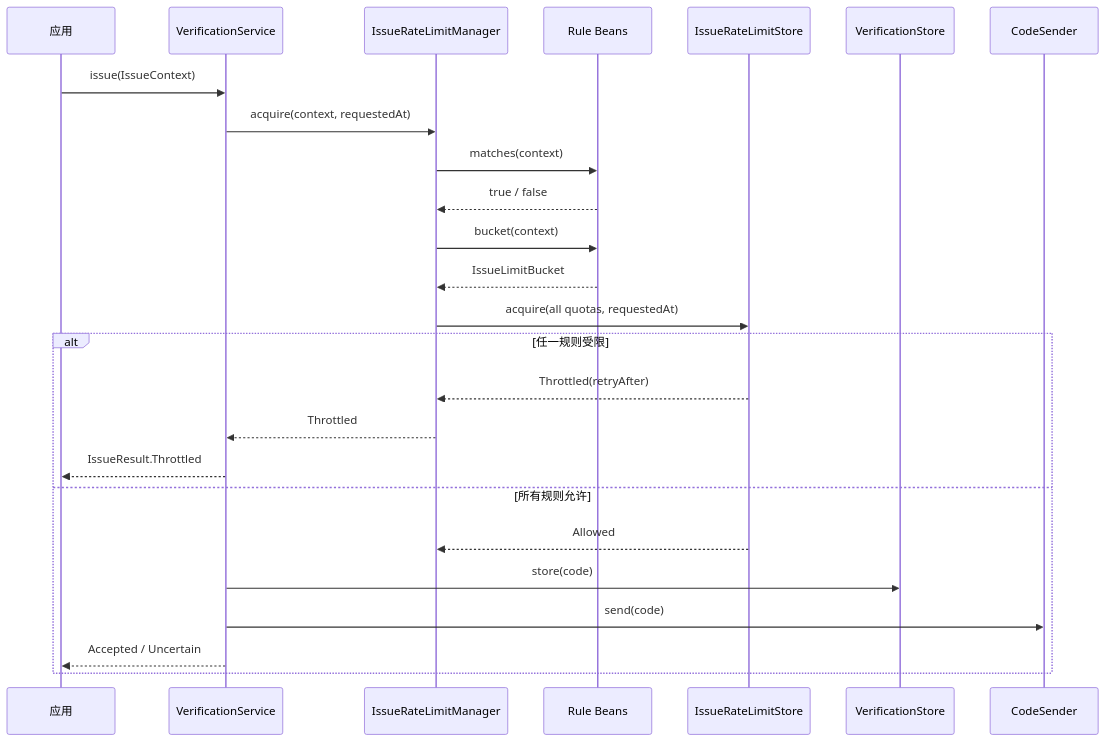
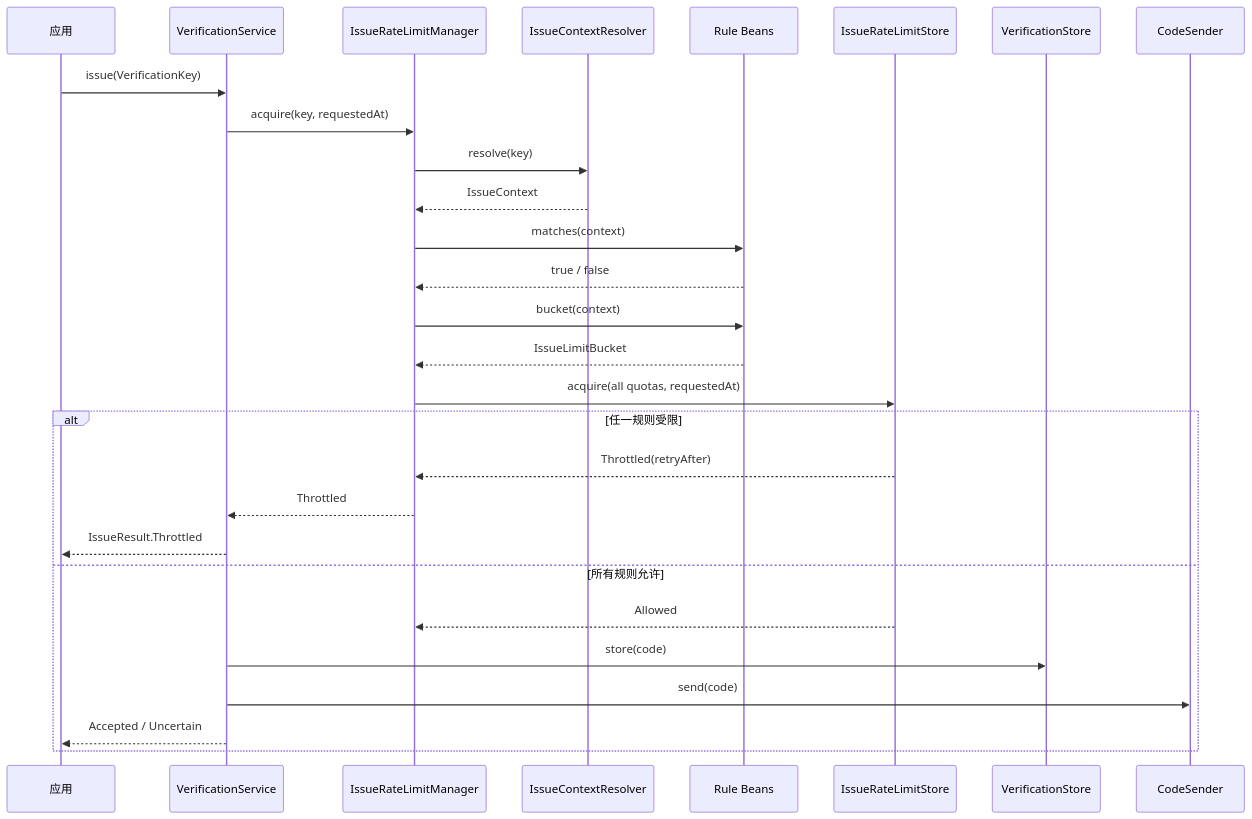
The second of 2 diagrams in ringo-boot-core/src/main/java/io/github/ringotangs/ringoboot/verification/limit/README.md (RingoTangs/ringo-boot), drawn with Mermaid before and after one commit. The commit also changed other lines of this file and 11 other files, not shown here.

Commit message:
feat: Introduce IssueContextResolver for context-based rate limiting and refactor related components

````diff
--- a/ringo-boot-core/src/main/java/io/github/ringotangs/ringoboot/verification/limit/README.md
+++ b/ringo-boot-core/src/main/java/io/github/ringotangs/ringoboot/verification/limit/README.md
@@ -149,28 +171,31 @@
 ```mermaid
 sequenceDiagram
     participant App as 应用
     participant Service as VerificationService
     participant Manager as IssueRateLimitManager
+    participant Resolver as IssueContextResolver
     participant Rule as Rule Beans
     participant LimitStore as IssueRateLimitStore
     participant CodeStore as VerificationStore
     participant Sender as CodeSender
 
-    App->>Service: issue(IssueContext)
-    Service->>Manager: acquire(context, requestedAt)
+    App->>Service: issue(VerificationKey)
+    Service->>Manager: acquire(key, requestedAt)
+    Manager->>Resolver: resolve(key)
+    Resolver-->>Manager: IssueContext
     Manager->>Rule: matches(context)
     Rule-->>Manager: true / false
     Manager->>Rule: bucket(context)
     Rule-->>Manager: IssueLimitBucket
     Manager->>LimitStore: acquire(all quotas, requestedAt)
     alt 任一规则受限
         LimitStore-->>Manager: Throttled(retryAfter)
         Manager-->>Service: Throttled
         Service-->>App: IssueResult.Throttled
     else 所有规则允许
         LimitStore-->>Manager: Allowed
         Service->>CodeStore: store(code)
         Service->>Sender: send(code)
         Service-->>App: Accepted / Uncertain
     end
 ```
````
